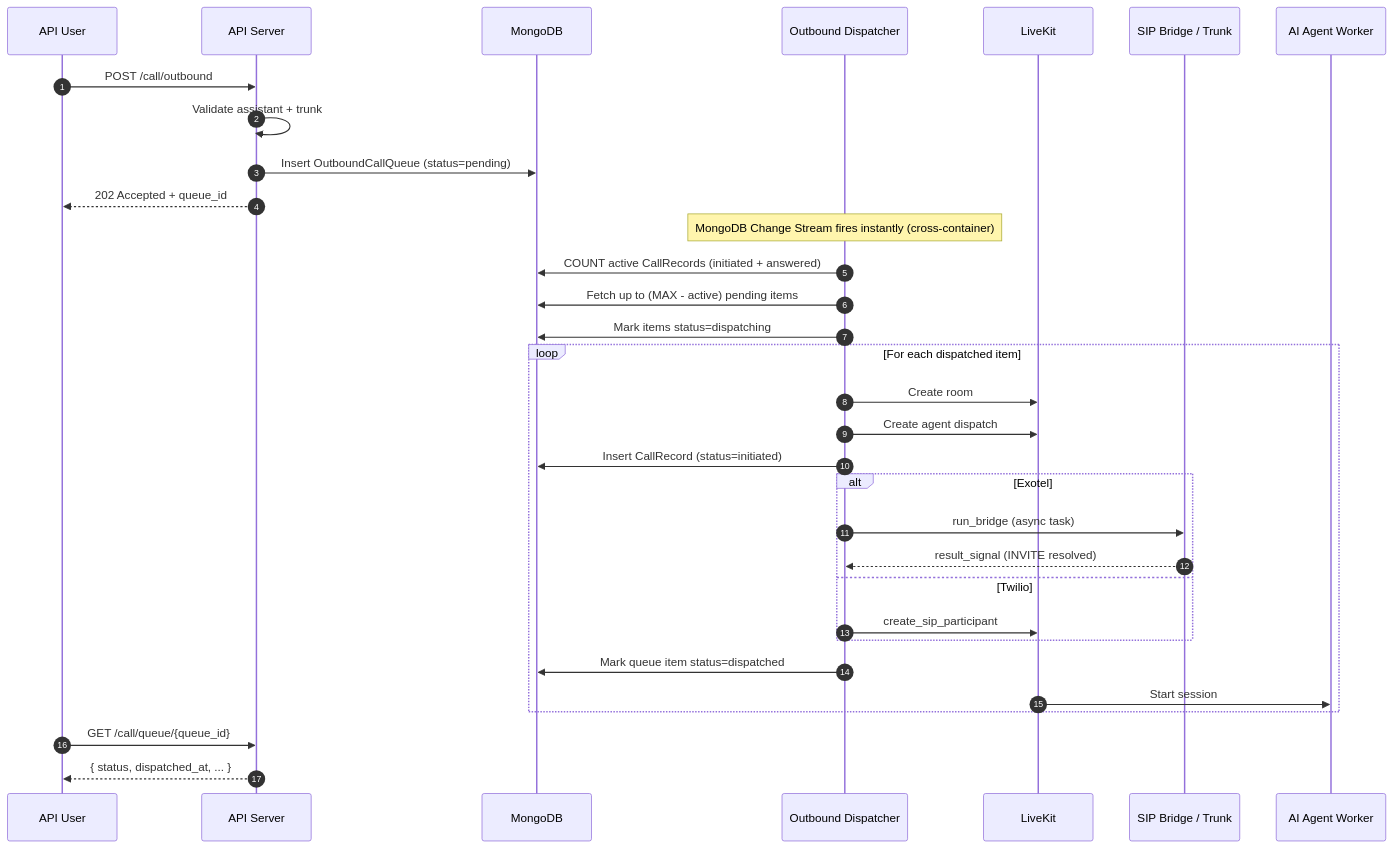
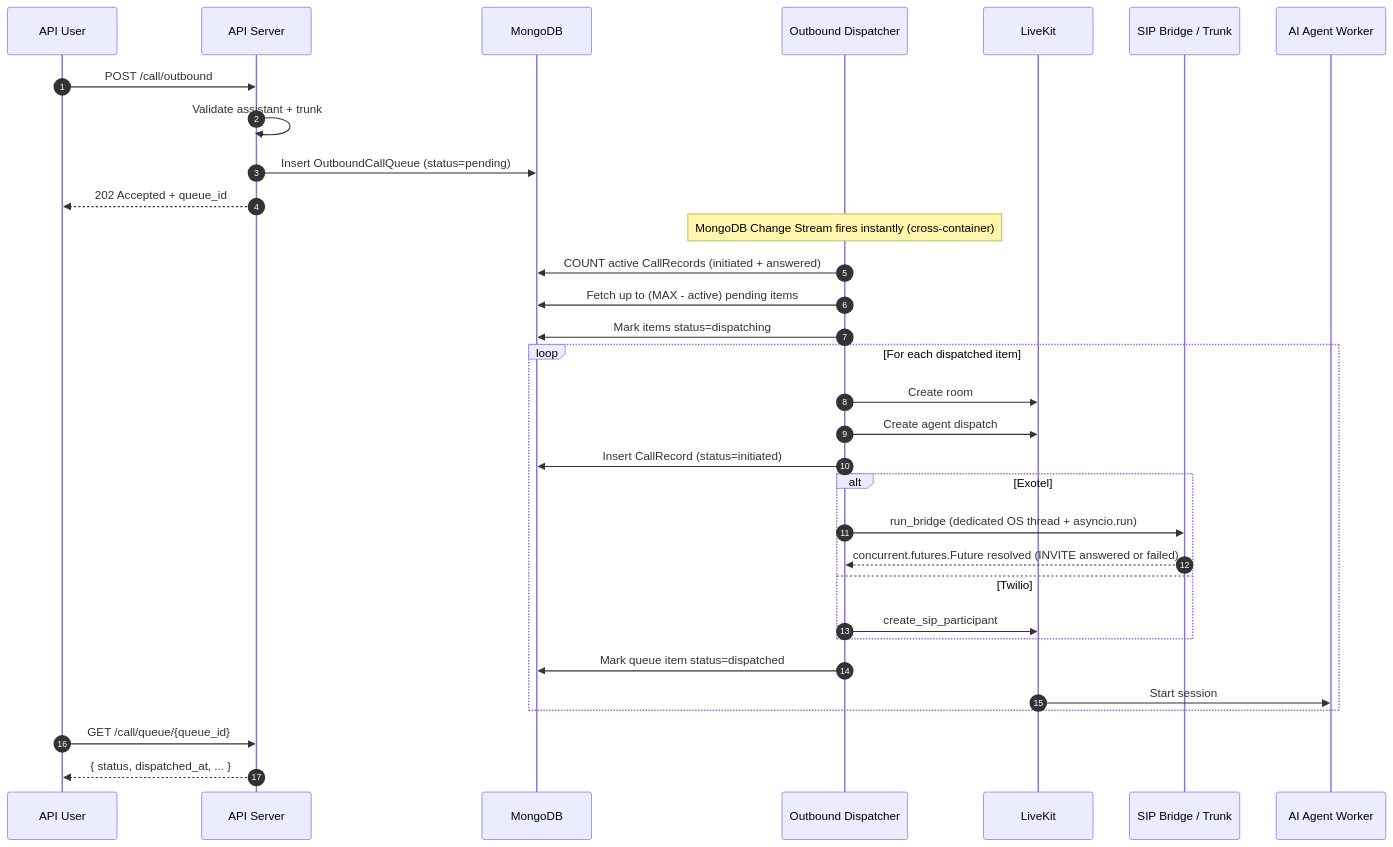
The fourth of 6 diagrams in docs/architecture.md (ShubhamX-AI/api_livekit), drawn with Mermaid before and after one commit. The commit also changed other lines of this file and 5 other files, not shown here.

First line of the commit message:
refactor(sip-bridge): thread-per-bridge for event-loop isolation

````diff
--- a/docs/architecture.md
+++ b/docs/architecture.md
@@ -184,39 +186,39 @@
 ```mermaid
 sequenceDiagram
     autonumber
     participant User as API User
     participant API as API Server
     participant DB as MongoDB
     participant Disp as Outbound Dispatcher
     participant LK as LiveKit
     participant SIP as SIP Bridge / Trunk
     participant Agent as AI Agent Worker
 
     User->>API: POST /call/outbound
     API->>API: Validate assistant + trunk
     API->>DB: Insert OutboundCallQueue (status=pending)
     API-->>User: 202 Accepted + queue_id
 
     Note over Disp: MongoDB Change Stream fires instantly (cross-container)
 
     Disp->>DB: COUNT active CallRecords (initiated + answered)
     Disp->>DB: Fetch up to (MAX - active) pending items
     Disp->>DB: Mark items status=dispatching
 
     loop For each dispatched item
         Disp->>LK: Create room
         Disp->>LK: Create agent dispatch
         Disp->>DB: Insert CallRecord (status=initiated)
         alt Exotel
-            Disp->>SIP: run_bridge (async task)
-            SIP-->>Disp: result_signal (INVITE resolved)
+            Disp->>SIP: run_bridge (dedicated OS thread + asyncio.run)
+            SIP-->>Disp: concurrent.futures.Future resolved (INVITE answered or failed)
         else Twilio
             Disp->>LK: create_sip_participant
         end
         Disp->>DB: Mark queue item status=dispatched
         LK->>Agent: Start session
     end
 
     User->>API: GET /call/queue/{queue_id}
     API-->>User: { status, dispatched_at, ... }
 ```
````
